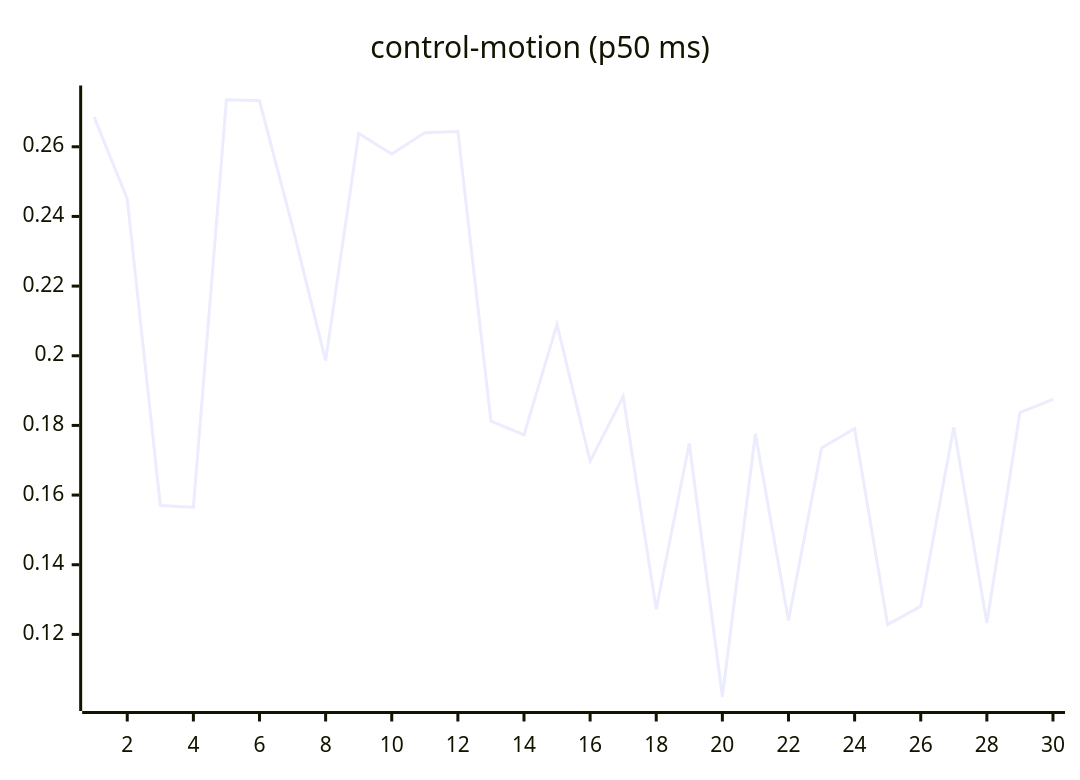
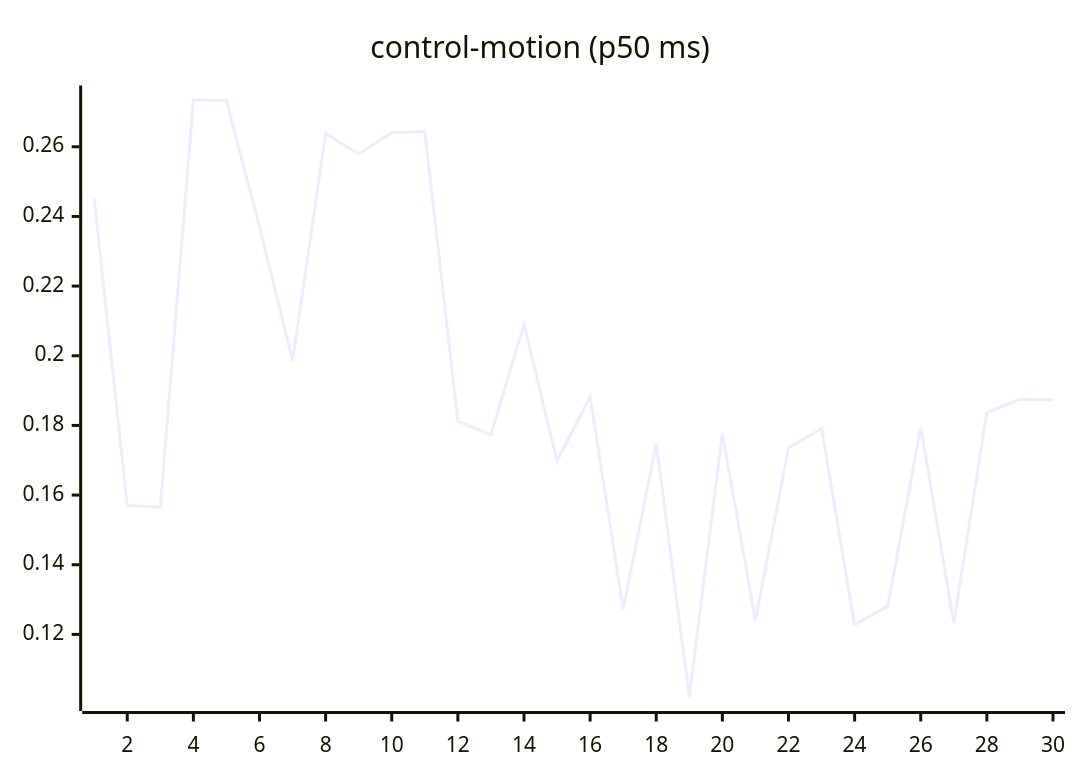
One commit to josha/Facet changed the seventh of 27 diagrams in README.md. Above: the diagram before and after it, drawn with Mermaid. The commit also changed other lines of this file and 2 other files, not shown here.

````diff
--- a/README.md
+++ b/README.md
@@ -105,6 +105,6 @@
 ```mermaid
 xychart-beta
     title "control-motion (p50 ms)"
     x-axis 1 --> 30
-    line [0.2685, 0.2450, 0.1570, 0.1565, 0.2735, 0.2732, 0.2370, 0.1986, 0.2638, 0.2579, 0.2640, 0.2644, 0.1812, 0.1773, 0.2090, 0.1697, 0.1883, 0.1272, 0.1748, 0.1021, 0.1776, 0.1240, 0.1735, 0.1791, 0.1228, 0.1281, 0.1795, 0.1233, 0.1837, 0.1875]
+    line [0.2450, 0.1570, 0.1565, 0.2735, 0.2732, 0.2370, 0.1986, 0.2638, 0.2579, 0.2640, 0.2644, 0.1812, 0.1773, 0.2090, 0.1697, 0.1883, 0.1272, 0.1748, 0.1021, 0.1776, 0.1240, 0.1735, 0.1791, 0.1228, 0.1281, 0.1795, 0.1233, 0.1837, 0.1875, 0.1873]
 ```
````
